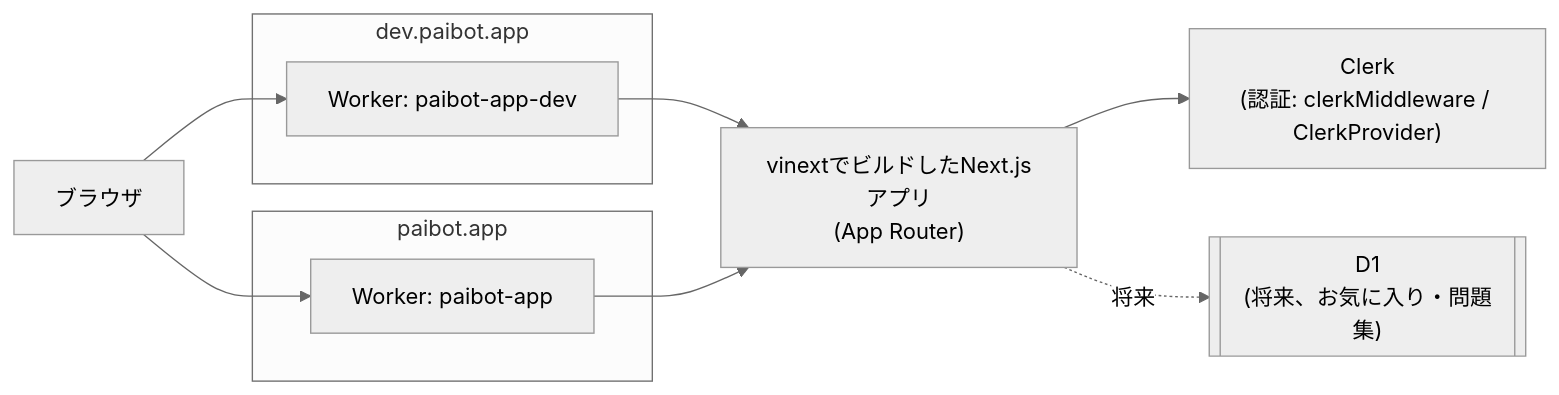
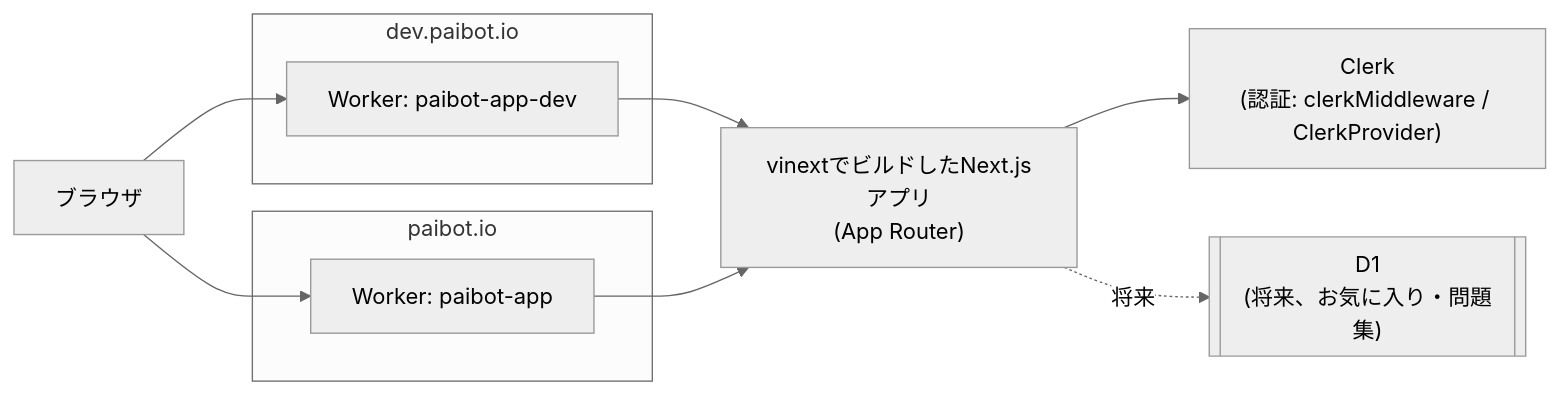
The first of 2 diagrams in docs/architecture.md (paibot-hq/paibot-app), drawn with Mermaid (neutral theme) before and after one commit. The commit also changed other lines of this file and 25 other files, not shown here.

First line of the commit message:
Prepare the move from paibot.app to paibot.io

````diff
--- a/docs/architecture.md
+++ b/docs/architecture.md
@@ -26,22 +26,22 @@
 ```mermaid
 flowchart LR
     Browser["ブラウザ"]
 
-    subgraph Dev["dev.paibot.app"]
+    subgraph Dev["dev.paibot.io"]
         WorkerDev["Worker: paibot-app-dev"]
     end
-    subgraph Prod["paibot.app"]
+    subgraph Prod["paibot.io"]
         WorkerProd["Worker: paibot-app"]
     end
 
     Next["vinextでビルドしたNext.jsアプリ\n(App Router)"]
     Clerk["Clerk\n(認証: clerkMiddleware / ClerkProvider)"]
     D1[["D1\n(将来、お気に入り・問題集)"]]
 
     Browser --> WorkerDev
     Browser --> WorkerProd
     WorkerDev --> Next
     WorkerProd --> Next
     Next --> Clerk
     Next -.将来.-> D1
 ```
````
